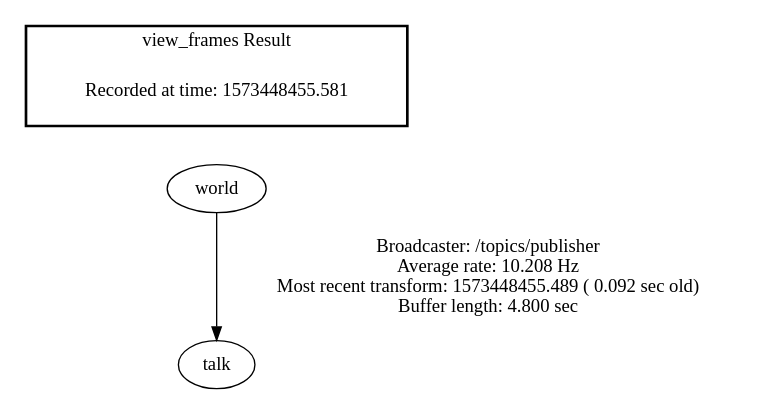
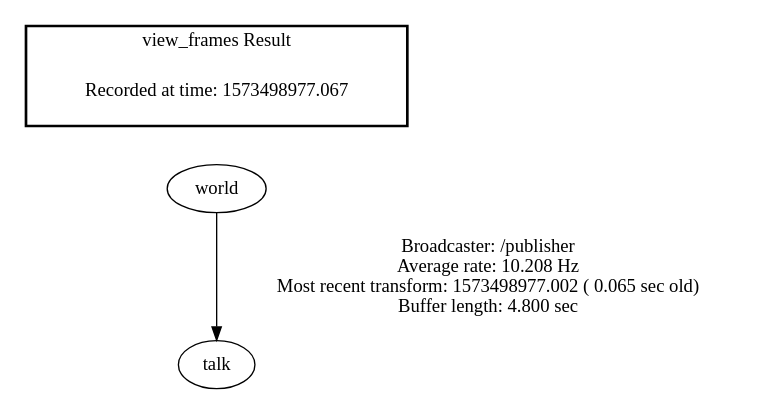
Before and after one commit to jingCGM/beginner_tutorials: the diagram in results/frames.gv, drawn with Graphviz. The commit also changed 3 other files, not shown here.

```diff
--- a/results/frames.gv
+++ b/results/frames.gv
@@ -1,7 +1,7 @@
 digraph G {
-"world" -> "talk"[label="Broadcaster: /topics/publisher\nAverage rate: 10.208 Hz\nMost recent transform: 1573448455.489 ( 0.092 sec old)\nBuffer length: 4.800 sec\n"];
+"world" -> "talk"[label="Broadcaster: /publisher\nAverage rate: 10.208 Hz\nMost recent transform: 1573498977.002 ( 0.065 sec old)\nBuffer length: 4.800 sec\n"];
 edge [style=invis];
  subgraph cluster_legend { style=bold; color=black; label ="view_frames Result";
-"Recorded at time: 1573448455.581"[ shape=plaintext ] ;
+"Recorded at time: 1573498977.067"[ shape=plaintext ] ;
  }->"world";
 }
```
